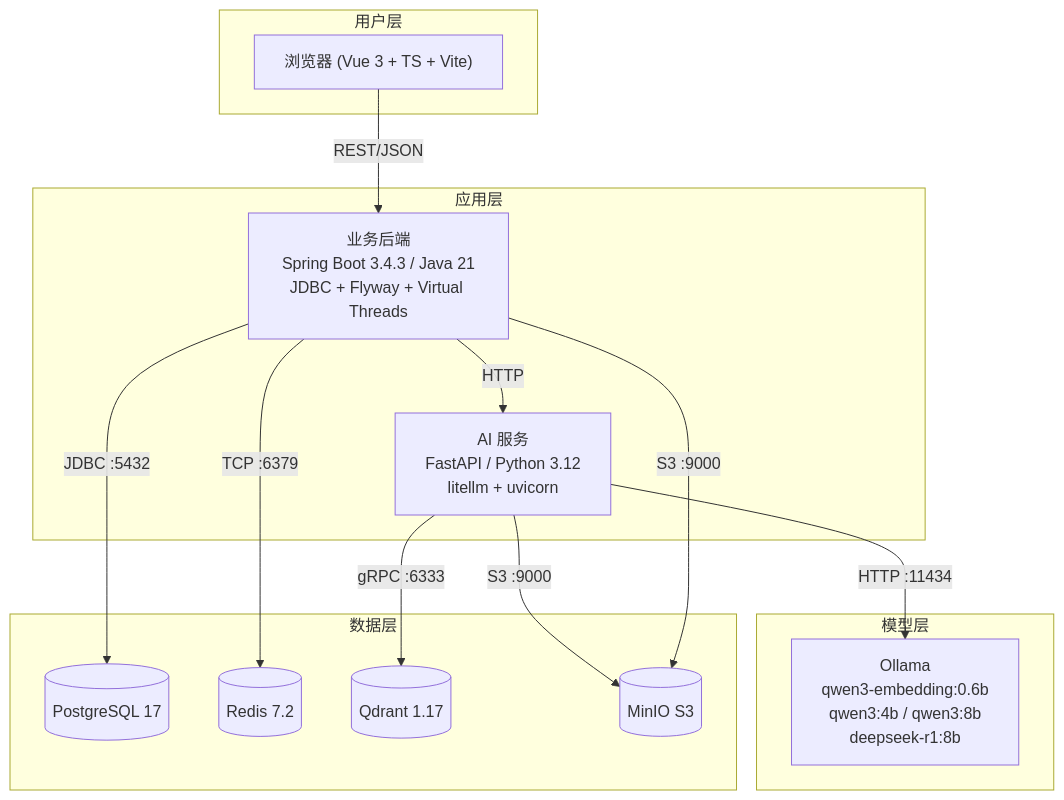
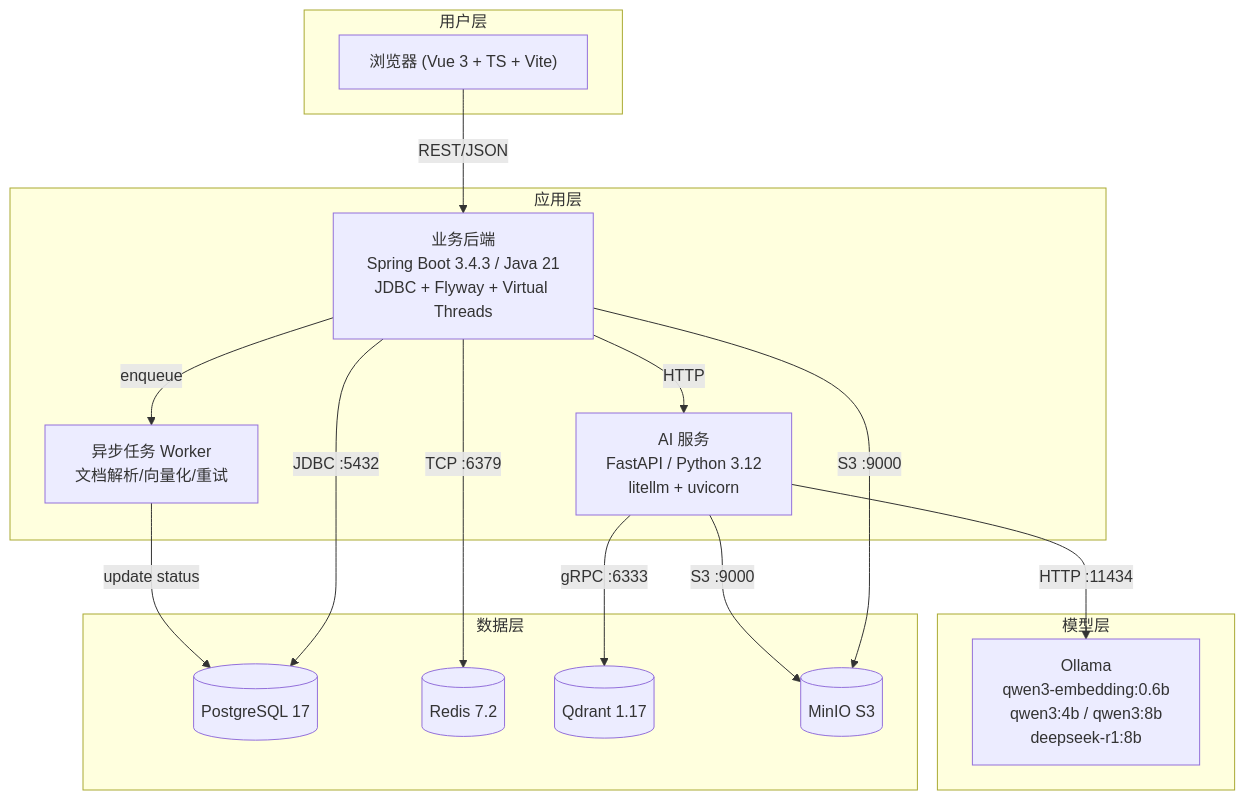
Before and after one commit to hicancan/edunexus-ai: the diagram in doc/00-SSOT-总则.md, drawn with Mermaid. The commit also changed other lines of this file and 80 other files, not shown here.

````diff
--- a/doc/00-SSOT-总则.md
+++ b/doc/00-SSOT-总则.md
@@ -31,31 +42,34 @@
 ```mermaid
 graph TB
     subgraph 用户层
         Browser["浏览器 (Vue 3 + TS + Vite)"]
     end
 
     subgraph 应用层
         API["业务后端\nSpring Boot 3.4.3 / Java 21\nJDBC + Flyway + Virtual Threads"]
         AI["AI 服务\nFastAPI / Python 3.12\nlitellm + uvicorn"]
+        Worker["异步任务 Worker\n文档解析/向量化/重试"]
     end
 
     subgraph 模型层
         Ollama["Ollama\nqwen3-embedding:0.6b\nqwen3:4b / qwen3:8b\ndeepseek-r1:8b"]
     end
 
     subgraph 数据层
         PG[("PostgreSQL 17")]
         Redis[("Redis 7.2")]
         Qdrant[("Qdrant 1.17")]
         MinIO[("MinIO S3")]
     end
 
     Browser -->|REST/JSON| API
     API -->|HTTP| AI
+    API -->|enqueue| Worker
+    Worker -->|update status| PG
     AI -->|HTTP :11434| Ollama
     AI -->|gRPC :6333| Qdrant
     AI -->|S3 :9000| MinIO
     API -->|JDBC :5432| PG
     API -->|TCP :6379| Redis
     API -->|S3 :9000| MinIO
 ```
````
